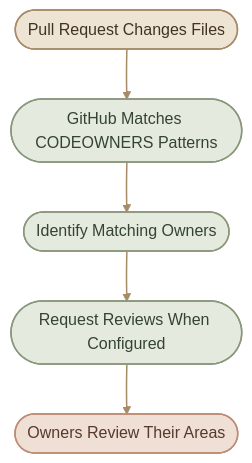
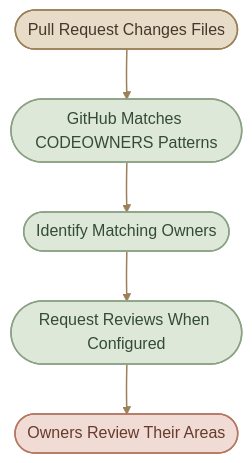
Before and after one commit to mustafammasoud/ops-handbook: the fourth of 4 diagrams in content/version-control/Git and GitHub/code-reviews.mdx, drawn with Mermaid. The commit also changed other lines of this file and 17 other files, not shown here.

````diff
--- a/content/version-control/Git and GitHub/code-reviews.mdx
+++ b/content/version-control/Git and GitHub/code-reviews.mdx
@@ -560,16 +612,16 @@
 ```mermaid
 flowchart TD
     A(["Pull Request Changes Files"]) --> B(["GitHub Matches CODEOWNERS Patterns"])
     B --> C(["Identify Matching Owners"])
     C --> D(["Request Reviews When Configured"])
     D --> E(["Owners Review Their Areas"])
 
-    classDef source fill:#eee4d4,stroke:#a78b67,color:#403326,stroke-width:1.5px
-    classDef process fill:#e5eadf,stroke:#89977b,color:#344333,stroke-width:1.5px
-    classDef review fill:#f0dfd5,stroke:#bd8c73,color:#57392d,stroke-width:1.5px
+    classDef source fill:#E7DCC8,stroke:#9B8059,color:#46372A,stroke-width:1.5px
+    classDef process fill:#DDE8D8,stroke:#8AA184,color:#344B38,stroke-width:1.5px
+    classDef review fill:#f0dcd4,stroke:#b47762,color:#663b2d,stroke-width:1.5px
 
     class A source
     class B,C,D process
     class E review
-    linkStyle default stroke:#a78b67,stroke-width:1.5px
+    linkStyle default stroke:#9B8059,stroke-width:1.5px
 ```
````
